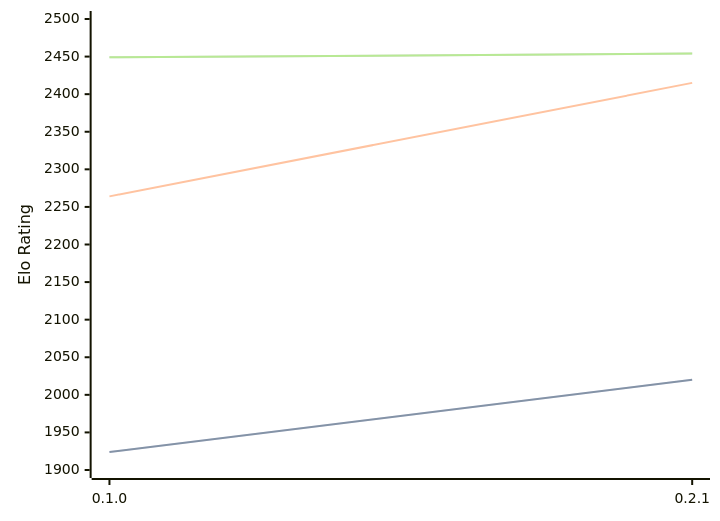
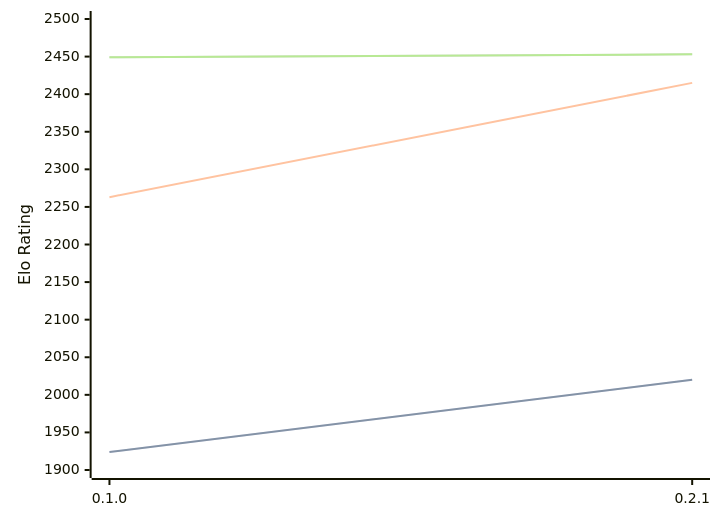
The diagram in engines/Sykora.md (computer-chess-index/cci), drawn with Mermaid before and after one commit. The commit also changed other lines of this file, not shown here.

Commit message:
Update CCI Ratings (ELO VLTC) - 2026-03-18

````diff
--- a/engines/Sykora.md
+++ b/engines/Sykora.md
@@ -30,11 +30,11 @@
 ```mermaid
 %%{init: {"theme":"base","themeVariables":{"seriesColors:['#a3a3a3','#222221','#faa371']}}}%%
 xychart-beta
   x-axis ["0.1.0", "0.2.1"]
   y-axis "Elo Rating" 1900 --> 2500
   line "STC (8.0+0.08s)" [1924, 2020]
   line "STC (8.0+0.08s)" [1924, 2020]
-  line "LTC (60.0+0.60s)" [2264, 2415]
-  line "VLTC (2m24s+1.12s)" [2449, 2454]
-  line "VLTC (2m24s+1.12s)" [2449, 2454]
+  line "LTC (60.0+0.60s)" [2263, 2415]
+  line "VLTC (2m24s+1.12s)" [2449, 2453]
+  line "VLTC (2m24s+1.12s)" [2449, 2453]
 ```
````
